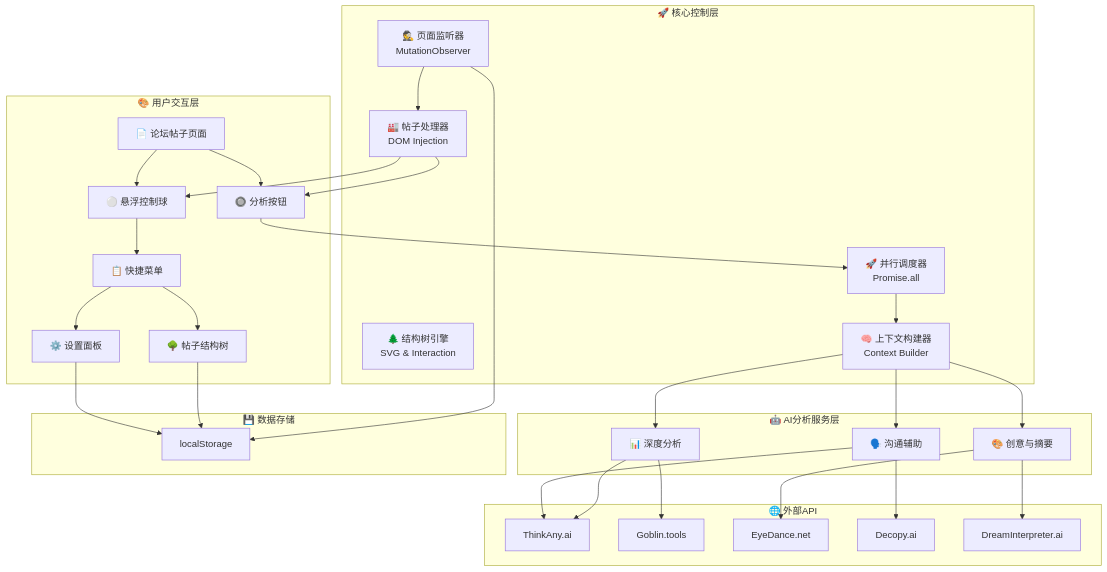
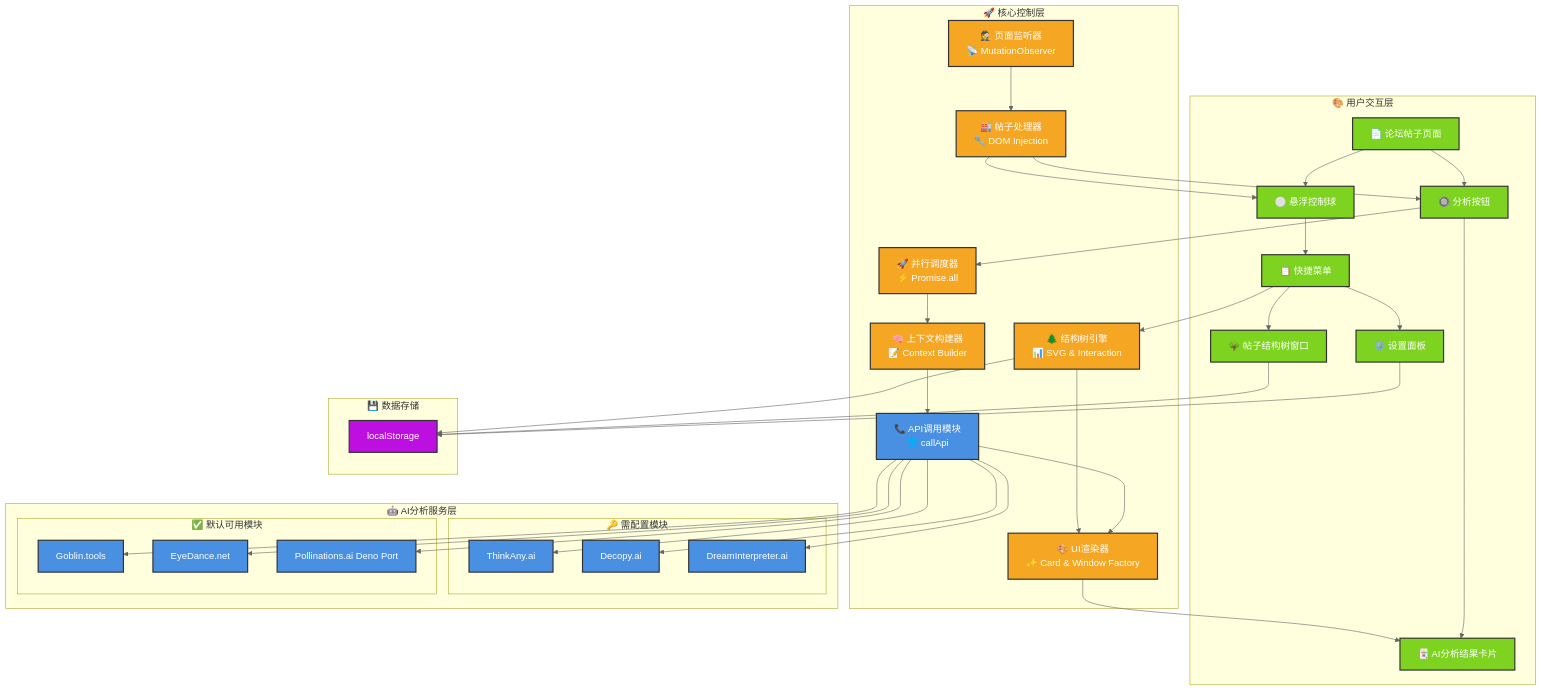
The third of 4 diagrams in README.md (lzA6/js-goblin), drawn with Mermaid before and after one commit. The commit also changed other lines of this file, not shown here.

````diff
--- a/README.md
+++ b/README.md
@@ -259,70 +286,89 @@
 ```mermaid
 flowchart TD
     %% 用户交互层
-    subgraph UI[🎨 用户交互层]
+    subgraph UI_Layer [🎨 用户交互层]
         A[📄 论坛帖子页面]
         B[🔘 分析按钮]
         C[⚪ 悬浮控制球]
         D[📋 快捷菜单]
         E[⚙️ 设置面板]
-        F[🌳 帖子结构树]
+        F[🌳 帖子结构树窗口]
+        G[🃏 AI分析结果卡片]
         
         A --> B
         A --> C
         C --> D
         D --> E
         D --> F
+        B --> G
     end
 
     %% 核心控制层
-    subgraph Core[🚀 核心控制层]
-        G[🕵️ 页面监听器<br/>MutationObserver]
-        H[🏭 帖子处理器<br/>DOM Injection]
-        I[🌲 结构树引擎<br/>SVG & Interaction]
-        J[🚀 并行调度器<br/>Promise.all]
-        K[🧠 上下文构建器<br/>Context Builder]
+    subgraph Core_Layer [🚀 核心控制层]
+        H[🕵️ 页面监听器<br/>📡 MutationObserver]
+        I[🏭 帖子处理器<br/>🔧 DOM Injection]
+        J[🌲 结构树引擎<br/>📊 SVG & Interaction]
+        K[🚀 并行调度器<br/>⚡ Promise.all]
+        L[🧠 上下文构建器<br/>📝 Context Builder]
+        M[🎨 UI渲染器<br/>✨ Card & Window Factory]
         
-        G --> H
-        H --> B
-        H --> C
-        B --> J
-        J --> K
+        H --> I
+        I --> B
+        I --> C
+        B --> K
+        K --> L
+        L --> N
+        N --> M
+        M --> G
+        D --> J
+        J --> M
     end
 
     %% AI服务层
-    subgraph AI[🤖 AI分析服务层]
-        L[🗣️ 沟通辅助]
-        M[📊 深度分析]
-        N[🎨 创意与摘要]
+    subgraph AI_Layer [🤖 AI分析服务层]
+        N[📞 API调用模块<br/>🌐 callApi]
         
-        K --> L
-        K --> M  
-        K --> N
-    end
-
-    %% 外部API
-    subgraph API[🌐 外部API]
-        O[ThinkAny.ai]
-        P[Goblin.tools]
-        Q[EyeDance.net]
-        R[Decopy.ai]
-        S[DreamInterpreter.ai]
+        subgraph Config_APIs [🔑 需配置模块]
+            O[ThinkAny.ai]
+            R[Decopy.ai]
+            S[DreamInterpreter.ai]
+        end
         
-        L --> O
-        L --> R
-        M --> O
-        M --> P
+        subgraph Default_APIs [✅ 默认可用模块]
+            P[Goblin.tools]
+            Q[EyeDance.net]
+            T[Pollinations.ai Deno Port]
+        end
+        
+        N --> O
+        N --> P
         N --> Q
+        N --> R
         N --> S
+        N --> T
     end
 
     %% 数据存储
-    subgraph Storage[💾 数据存储]
-        T[localStorage]
+    subgraph Storage_Layer [💾 数据存储]
+        U[localStorage]
     end
 
     %% 数据流
-    E --> T
-    F --> T
-    G --> T
+    E --> U
+    F --> U
+    J --> U
+    
+    %% 样式定义
+    classDef uiClass fill:#7ed321,stroke:#333,stroke-width:2px,color:#fff
+    classDef coreClass fill:#f5a623,stroke:#333,stroke-width:2px,color:#fff
+    classDef aiClass fill:#4a90e2,stroke:#333,stroke-width:2px,color:#fff
+    classDef storageClass fill:#bd10e0,stroke:#333,stroke-width:2px,color:#fff
+    
+    class A,B,C,D,E,F,G uiClass
+    class H,I,J,K,L,M coreClass
+    class N,O,P,Q,R,S,T aiClass
+    class U storageClass
+    
+    %% 连接线样式
+    linkStyle default stroke:#666,stroke-width:1px
 ```
````
